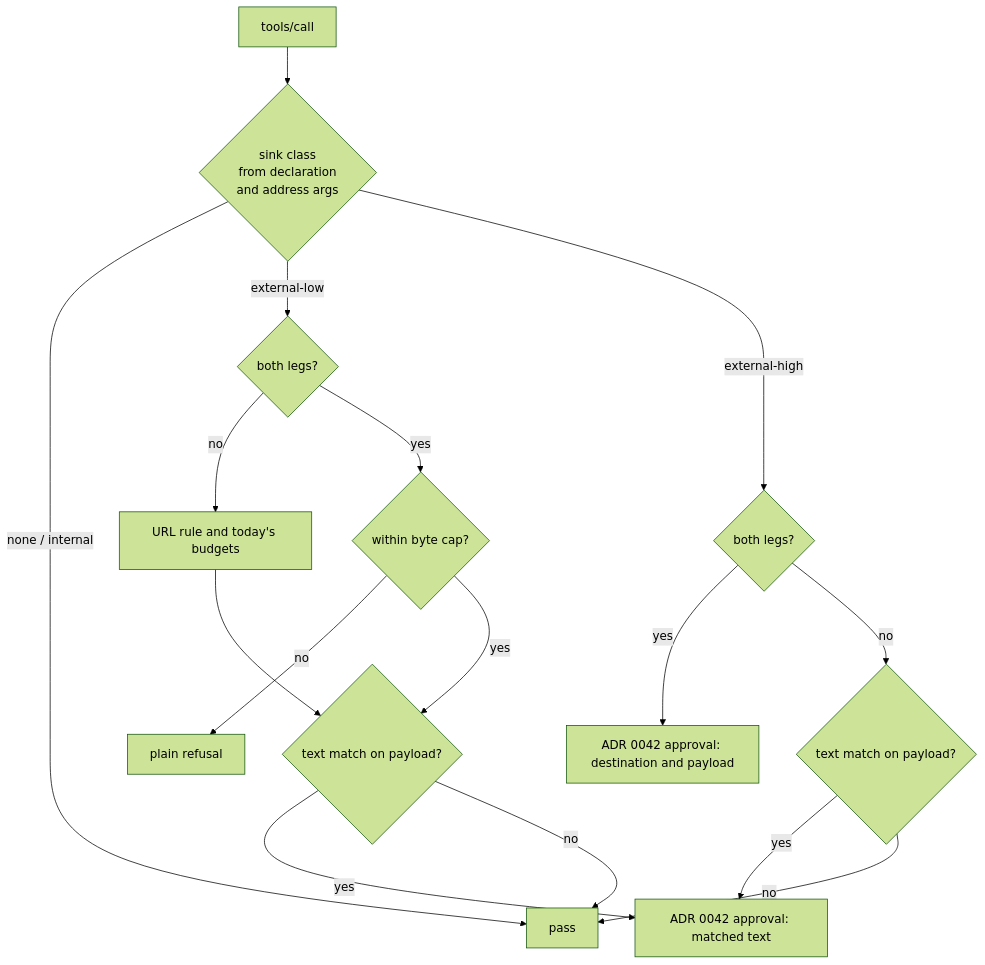
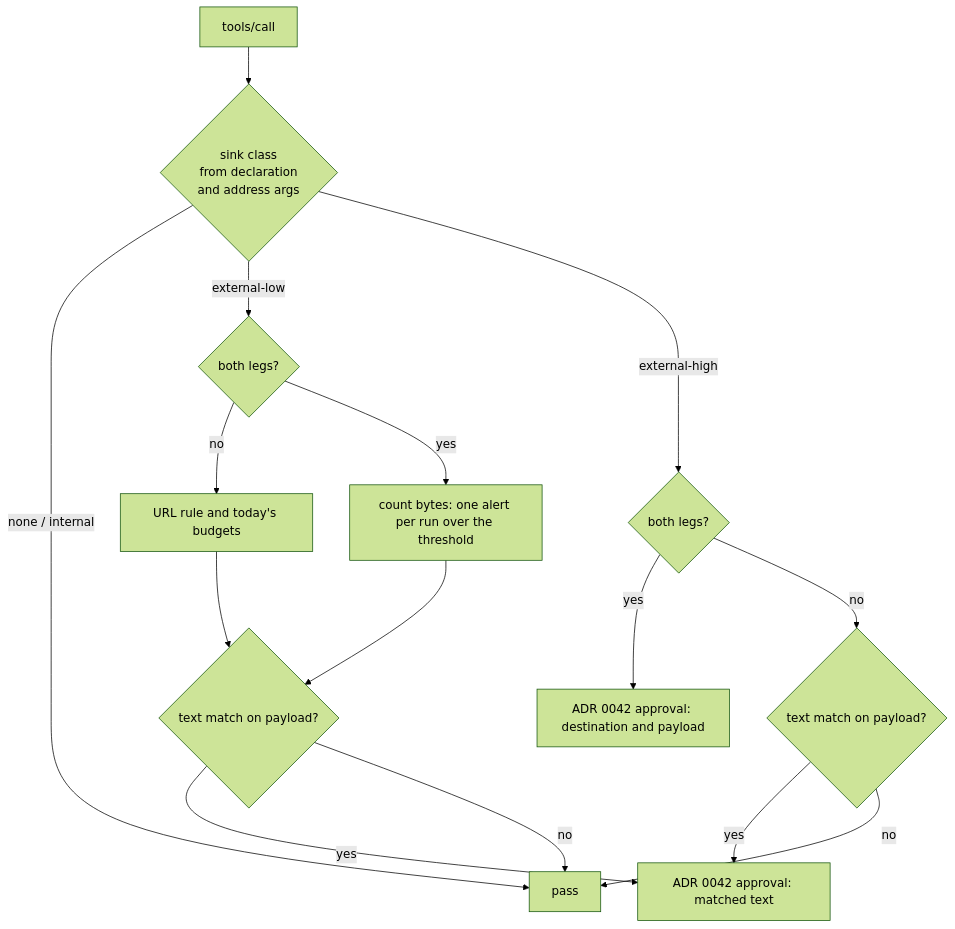
The diagram in docs/adr/0091-leak-guard-by-destination.md (stateracloud/koinon), drawn with Mermaid (forest theme) before and after one commit. The commit also changed other lines of this file and 4 other files, not shown here.

````diff
--- a/docs/adr/0091-leak-guard-by-destination.md
+++ b/docs/adr/0091-leak-guard-by-destination.md
@@ -345,18 +347,17 @@
 ```mermaid
 flowchart TD
   C[tools/call] --> K{sink class<br/>from declaration<br/>and address args}
   K -->|none / internal| P[pass]
   K -->|external-low| L{both legs?}
   K -->|external-high| H{both legs?}
   L -->|no| T[URL rule and today's budgets]
-  L -->|yes| B{within byte cap?}
-  B -->|no| R[plain refusal]
-  B -->|yes| M
+  L -->|yes| B[count bytes: one alert per run over the threshold]
+  B --> M
   T --> M{text match on payload?}
   H -->|yes| A[ADR 0042 approval: destination and payload]
   H -->|no| M2{text match on payload?}
   M -->|yes| A2[ADR 0042 approval: matched text]
   M -->|no| P
   M2 -->|yes| A2
   M2 -->|no| P
 ```
````
